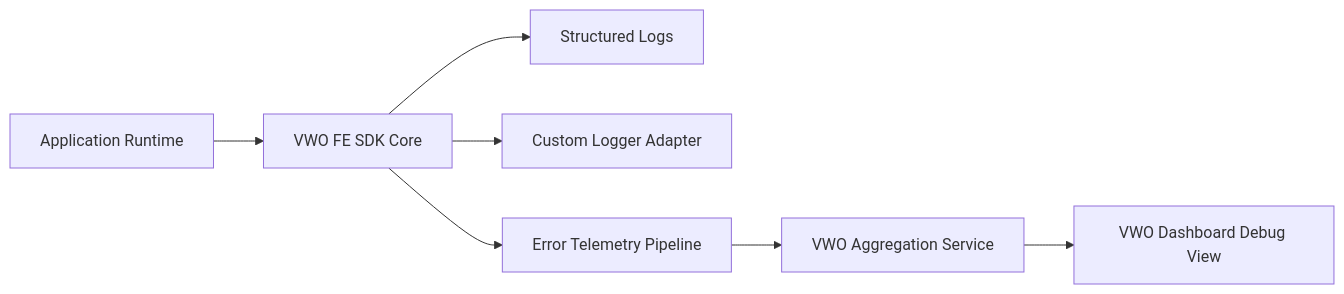
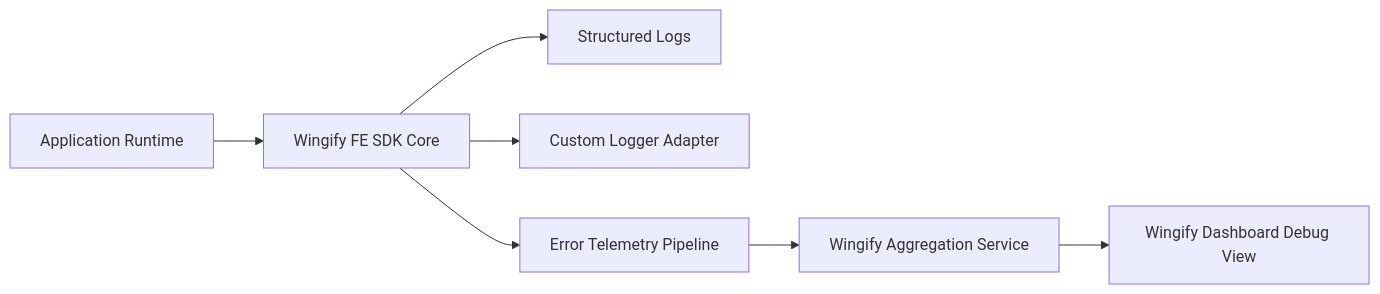
Before and after one commit to wingify/readme-central: the first of 2 diagrams in docs/Concepts/fme-debugging-capabilities.md, drawn with Mermaid. The commit also changed other lines of this file and 232 other files, not shown here.

Commit message:
VWO -> Wingify branding

````diff
--- a/docs/Concepts/fme-debugging-capabilities.md
+++ b/docs/Concepts/fme-debugging-capabilities.md
@@ -35,11 +35,11 @@
 ```mermaid
 flowchart LR
-    A[Application Runtime] --> B[VWO FE SDK Core]
+    A[Application Runtime] --> B[Wingify FE SDK Core]
 
     B --> C[Structured Logs]
     B --> D[Custom Logger Adapter]
     B --> E[Error Telemetry Pipeline]
 
-    E --> F[VWO Aggregation Service]
-    F --> G[VWO Dashboard Debug View]
+    E --> F[Wingify Aggregation Service]
+    F --> G[Wingify Dashboard Debug View]
 ```
````
